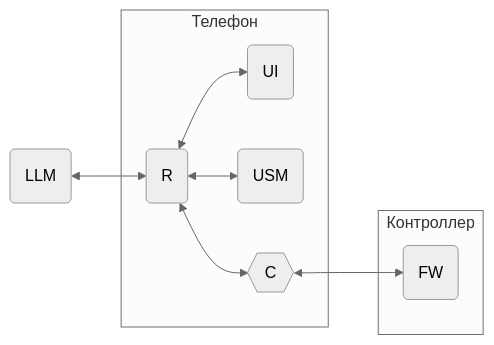
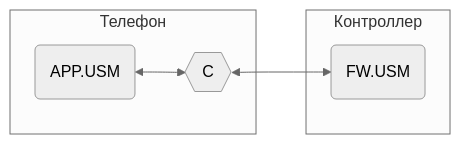
The diagram in PDS/SynapsePDS_USML.md (KhudyakovAlex/Synapse), drawn with Mermaid (neutral theme) before and after one commit. The commit also changed other lines of this file and 9 other files, not shown here.

````diff
--- a/PDS/SynapsePDS_USML.md
+++ b/PDS/SynapsePDS_USML.md
@@ -21,21 +26,14 @@
 ```mermaid
 flowchart LR
-    LLM(LLM)
-
     subgraph Телефон
-        UI(UI)
-        USM(USM)
-        R(R)
+        APPUSM(APP.USM)
         C{{C}}
     end
   
     subgraph Контроллер
-        FW(FW)
+        FWUSM(FW.USM)
     end
 
-    LLM<-->R
-    R<-->UI
-    R<-->USM
-    R<-->C
-    C<-->FW
+    APPUSM<-->C
+    C<-->FWUSM
 ```
````
